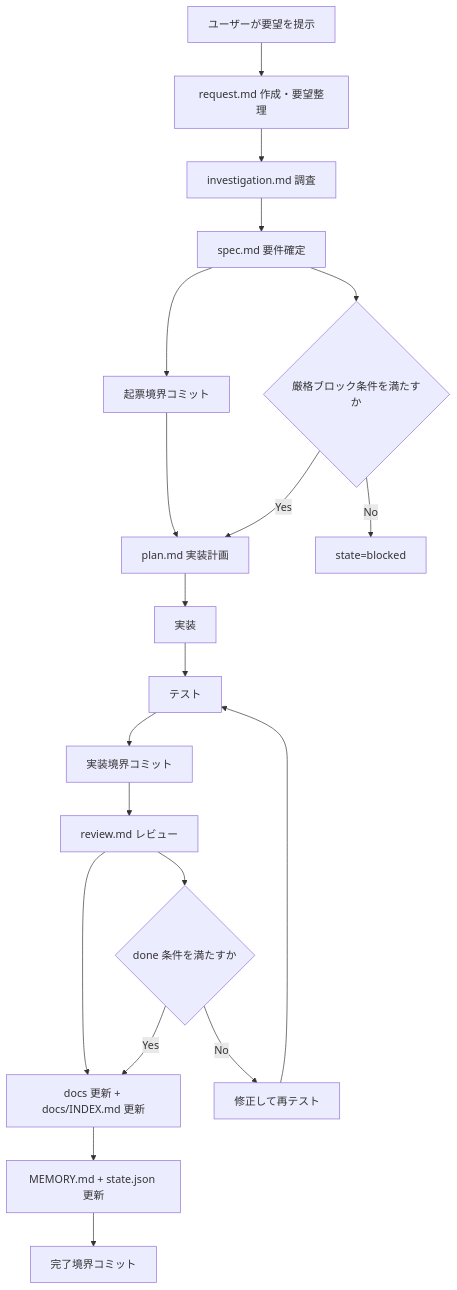
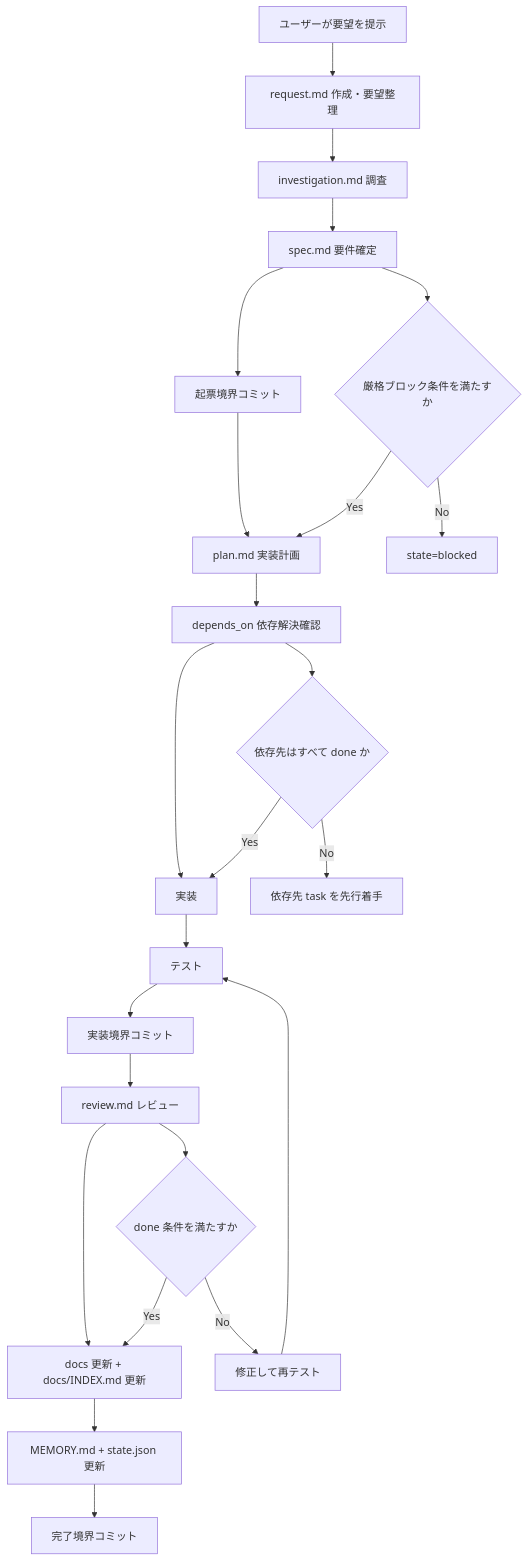
The diagram in docs/operations/framework-request-to-commit-visual-guide.md (HarukaKajita/AgentRail), drawn with Mermaid before and after one commit. The commit also changed other lines of this file and 39 other files, not shown here.

Commit message:
feat: implement dependency-aware task prioritization flow

````diff
--- a/docs/operations/framework-request-to-commit-visual-guide.md
+++ b/docs/operations/framework-request-to-commit-visual-guide.md
@@ -13,24 +13,29 @@
 ```mermaid
 flowchart TD
   A[ユーザーが要望を提示] --> B[request.md 作成・要望整理]
   B --> C[investigation.md 調査]
   C --> D[spec.md 要件確定]
   D --> K1[起票境界コミット]
   K1 --> E[plan.md 実装計画]
-  E --> F[実装]
+  E --> E1[depends_on 依存解決確認]
+  E1 --> F[実装]
   F --> G[テスト]
   G --> K2[実装境界コミット]
   K2 --> H[review.md レビュー]
   H --> I[docs 更新 + docs/INDEX.md 更新]
   I --> J[MEMORY.md + state.json 更新]
   J --> K3[完了境界コミット]
 
   D --> L{厳格ブロック条件を満たすか}
   L -- No --> M[state=blocked]
   L -- Yes --> E
 
+  E1 --> D1{依存先はすべて done か}
+  D1 -- No --> D2[依存先 task を先行着手]
+  D1 -- Yes --> F
+
   H --> N{done 条件を満たすか}
   N -- No --> O[修正して再テスト]
   O --> G
   N -- Yes --> I
 ```
````
